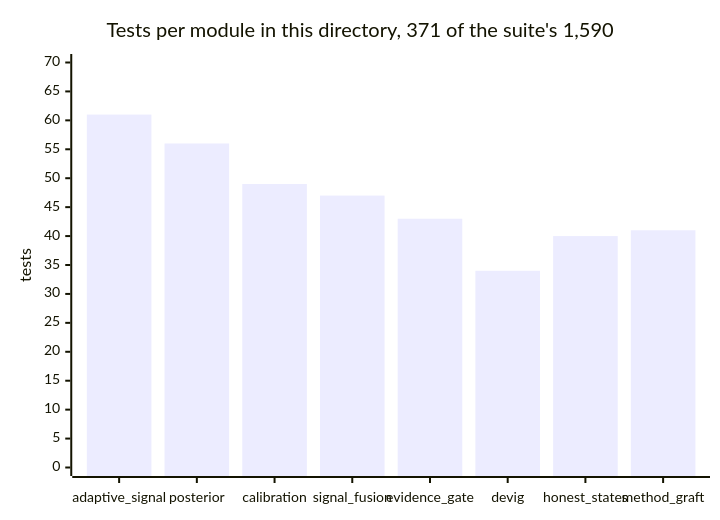
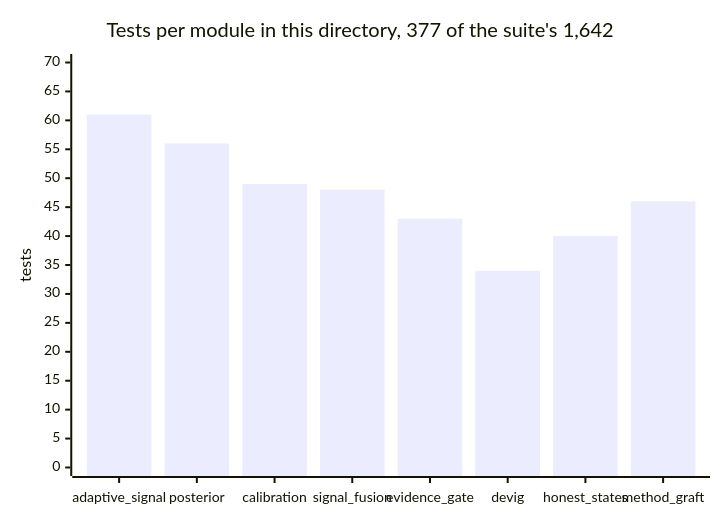
The ninth of 10 diagrams in polymind/README.md (greeklinux/Showcase), drawn with Mermaid before and after one commit. The commit also changed other lines of this file and 28 other files, not shown here.

````diff
--- a/polymind/README.md
+++ b/polymind/README.md
@@ -602,7 +602,7 @@
 ```mermaid
 xychart-beta
-    title "Tests per module in this directory, 371 of the suite's 1,590"
+    title "Tests per module in this directory, 377 of the suite's 1,642"
     x-axis ["adaptive_signal", "posterior", "calibration", "signal_fusion", "evidence_gate", "devig", "honest_states", "method_graft"]
     y-axis "tests" 0 --> 70
-    bar [61, 56, 49, 47, 43, 34, 40, 41]
+    bar [61, 56, 49, 48, 43, 34, 40, 46]
 ```
````
